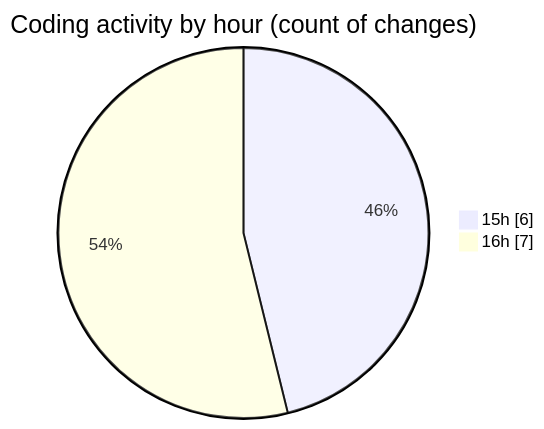
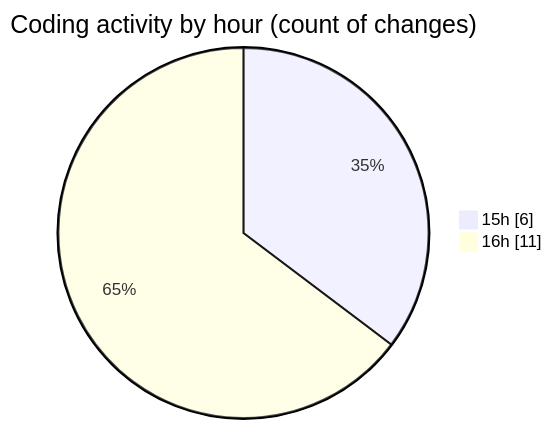
Before and after one commit to momahboobian/code-tracking: the second of 2 diagrams in 2025-09-10/cda/README.md, drawn with Mermaid. The commit also changed other lines of this file and 1 other file, not shown here.

````diff
--- a/2025-09-10/cda/README.md
+++ b/2025-09-10/cda/README.md
@@ -34,6 +38,6 @@
 ```mermaid
 pie showData
 title Coding activity by hour (count of changes)
 "15h" : 6
-"16h" : 7
+"16h" : 11
 ```
````
